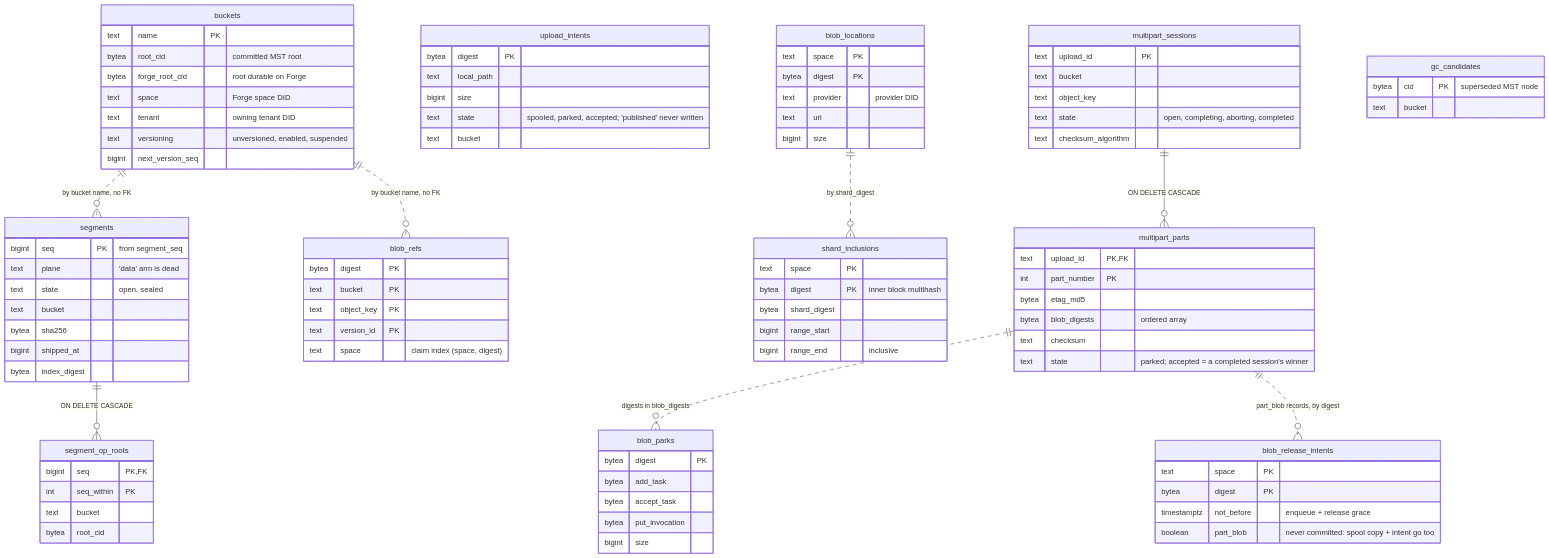
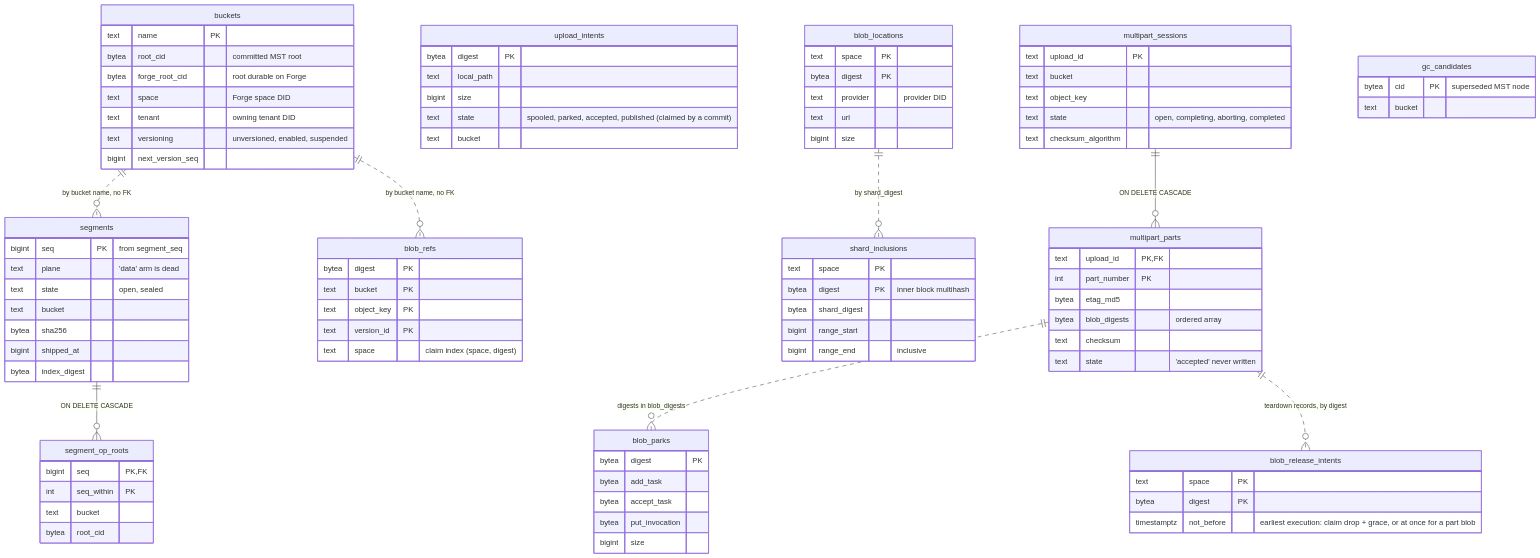
Diagram 13 of 14 in docs/diagrams.md (fil-forge/ingot), drawn with Mermaid before and after one commit. The commit also changed other lines of this file and 12 other files, not shown here.

````diff
--- a/docs/diagrams.md
+++ b/docs/diagrams.md
@@ -823,7 +829,7 @@
         bytea digest PK
         text local_path
         bigint size
-        text state "spooled, parked, accepted; 'published' never written"
+        text state "spooled, parked, accepted, published (claimed by a commit)"
         text bucket
     }
     blob_locations {
@@ -860,13 +866,12 @@
         bytea etag_md5
         bytea blob_digests "ordered array"
         text checksum
-        text state "parked; accepted = a completed session's winner"
+        text state "'accepted' never written"
     }
     blob_release_intents {
         text space PK
         bytea digest PK
-        timestamptz not_before "enqueue + release grace"
-        boolean part_blob "never committed: spool copy + intent go too"
+        timestamptz not_before "earliest execution: claim drop + grace, or at once for a part blob"
     }
     gc_candidates {
         bytea cid PK "superseded MST node"
@@ -879,5 +884,5 @@
     buckets ||..o{ blob_refs : "by bucket name, no FK"
     blob_locations ||..o{ shard_inclusions : "by shard_digest"
     multipart_parts ||..o{ blob_parks : "digests in blob_digests"
-    multipart_parts ||..o{ blob_release_intents : "part_blob records, by digest"
+    multipart_parts ||..o{ blob_release_intents : "teardown records, by digest"
 ```
````
